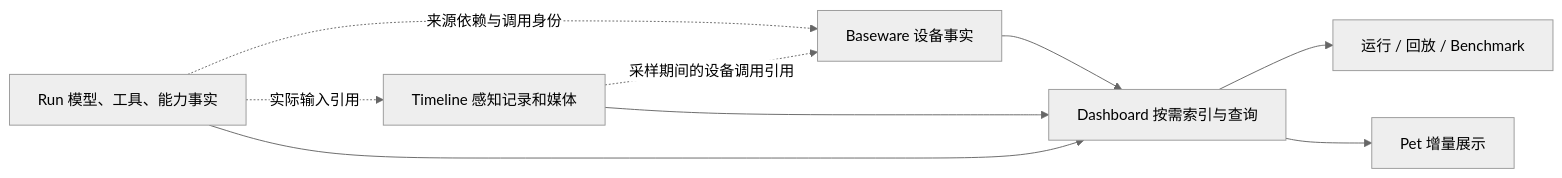
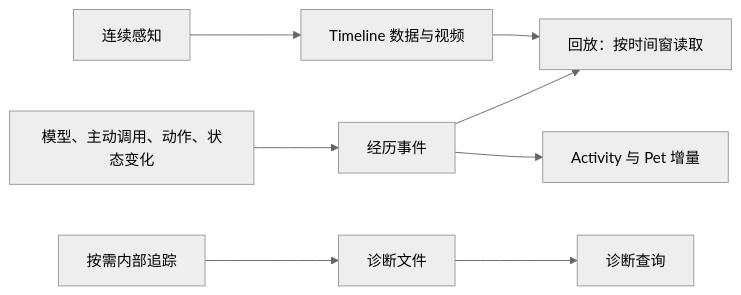
One commit to luokerenx4/Ludens-alpha changed the diagram in docs/event-recording-plan.md. Above: the diagram before and after it, drawn with Mermaid (neutral theme). The commit also changed other lines of this file and 1 other file, not shown here.

````diff
--- a/docs/event-recording-plan.md
+++ b/docs/event-recording-plan.md
@@ -40,11 +35,10 @@
 ```mermaid
 flowchart LR
-    B[Baseware 设备事实] --> D[Dashboard 按需索引与查询]
-    T[Timeline 感知记录和媒体] --> D
-    R[Run 模型、工具、能力事实] --> D
-    R -.来源依赖与调用身份.-> B
-    R -.实际输入引用.-> T
-    T -.采样期间的设备调用引用.-> B
-    D --> V[运行 / 回放 / Benchmark]
-    D --> P[Pet 增量展示]
+    S[连续感知] --> T[Timeline 数据与视频]
+    A[模型、主动调用、动作、状态变化] --> E[经历事件]
+    X[按需内部追踪] --> D[诊断文件]
+    T --> R[回放：按时间窗读取]
+    E --> R
+    E --> P[Activity 与 Pet 增量]
+    D --> I[诊断查询]
 ```
````
